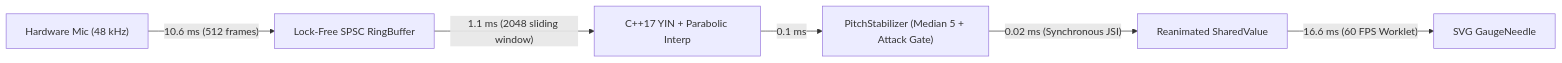
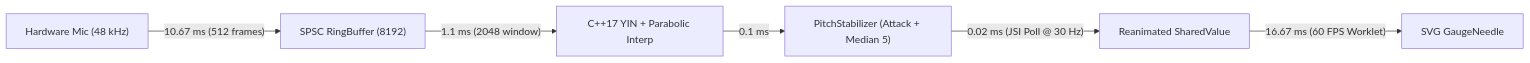
Before and after one commit to mklborovets/struna-app: the diagram in README.md, drawn with Mermaid. The commit also changed other lines of this file, not shown here.

Commit message:
docs(readme): complete architecture, stabilization pipeline, build, and readiness guide

````diff
--- a/README.md
+++ b/README.md
@@ -66,8 +115,8 @@
 ```mermaid
 flowchart LR
-    Mic["Hardware Mic (48 kHz)"] -->|"10.6 ms (512 frames)"| RB["Lock-Free SPSC RingBuffer"]
-    RB -->|"1.1 ms (2048 sliding window)"| YIN["C++17 YIN + Parabolic Interp"]
-    YIN -->|"0.1 ms"| Stab["PitchStabilizer (Median 5 + Attack Gate)"]
-    Stab -->|"0.02 ms (Synchronous JSI)"| SV["Reanimated SharedValue"]
-    SV -->|"16.6 ms (60 FPS Worklet)"| UI["SVG GaugeNeedle"]
+    Mic["Hardware Mic (48 kHz)"] -->|"10.67 ms (512 frames)"| RB["SPSC RingBuffer (8192)"]
+    RB -->|"1.1 ms (2048 window)"| YIN["C++17 YIN + Parabolic Interp"]
+    YIN -->|"0.1 ms"| Stab["PitchStabilizer (Attack + Median 5)"]
+    Stab -->|"0.02 ms (JSI Poll @ 30 Hz)"| SV["Reanimated SharedValue"]
+    SV -->|"16.67 ms (60 FPS Worklet)"| UI["SVG GaugeNeedle"]
 ```
````
